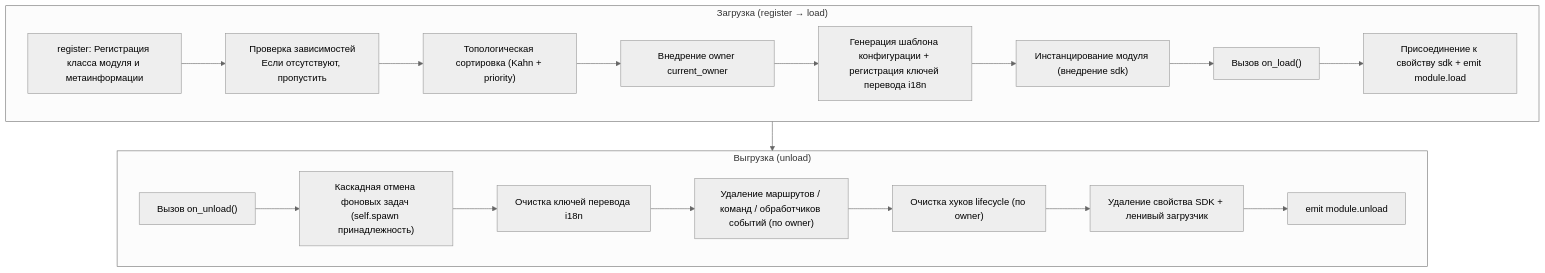
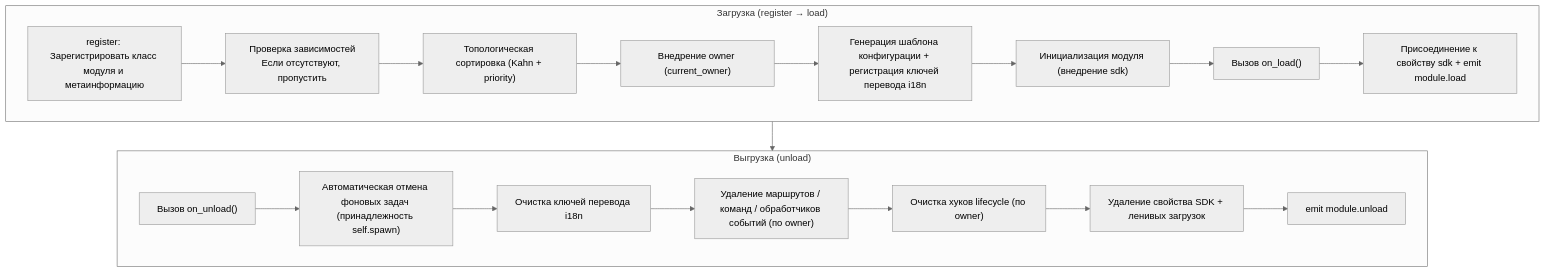
The diagram in docs/ru/developer-guide/modules/core-concepts.md (ErisPulse/ErisPulse), drawn with Mermaid (neutral theme) before and after one commit. The commit also changed other lines of this file and 15 other files, not shown here.

````diff
--- a/docs/ru/developer-guide/modules/core-concepts.md
+++ b/docs/ru/developer-guide/modules/core-concepts.md
@@ -90,23 +90,23 @@
 ```mermaid
 flowchart TD
     subgraph Load["Загрузка (register → load)"]
-        L1["register: Регистрация класса модуля и метаинформации"] --> L2["Проверка зависимостей<br/>Если отсутствуют, пропустить"]
+        L1["register: Зарегистрировать класс модуля и метаинформацию"] --> L2["Проверка зависимостей<br/>Если отсутствуют, пропустить"]
         L2 --> L3["Топологическая сортировка (Kahn + priority)"]
-        L3 --> L4["Внедрение owner current_owner"]
+        L3 --> L4["Внедрение owner (current_owner)"]
         L4 --> L5["Генерация шаблона конфигурации + регистрация ключей перевода i18n"]
-        L5 --> L6["Инстанцирование модуля (внедрение sdk)"]
+        L5 --> L6["Инициализация модуля (внедрение sdk)"]
         L6 --> L7["Вызов on_load()"]
         L7 --> L8["Присоединение к свойству sdk + emit module.load"]
     end
 
     subgraph Unload["Выгрузка (unload)"]
-        U1["Вызов on_unload()"] --> U2["Каскадная отмена фоновых задач (self.spawn принадлежность)"]
+        U1["Вызов on_unload()"] --> U2["Автоматическая отмена фоновых задач (принадлежность self.spawn)"]
         U2 --> U3["Очистка ключей перевода i18n"]
         U3 --> U4["Удаление маршрутов / команд / обработчиков событий (по owner)"]
         U4 --> U5["Очистка хуков lifecycle (по owner)"]
-        U5 --> U6["Удаление свойства SDK + ленивый загрузчик"]
+        U5 --> U6["Удаление свойства SDK + ленивых загрузок"]
         U6 --> U7["emit module.unload"]
     end
 
     Load --> Unload
 ```
````
